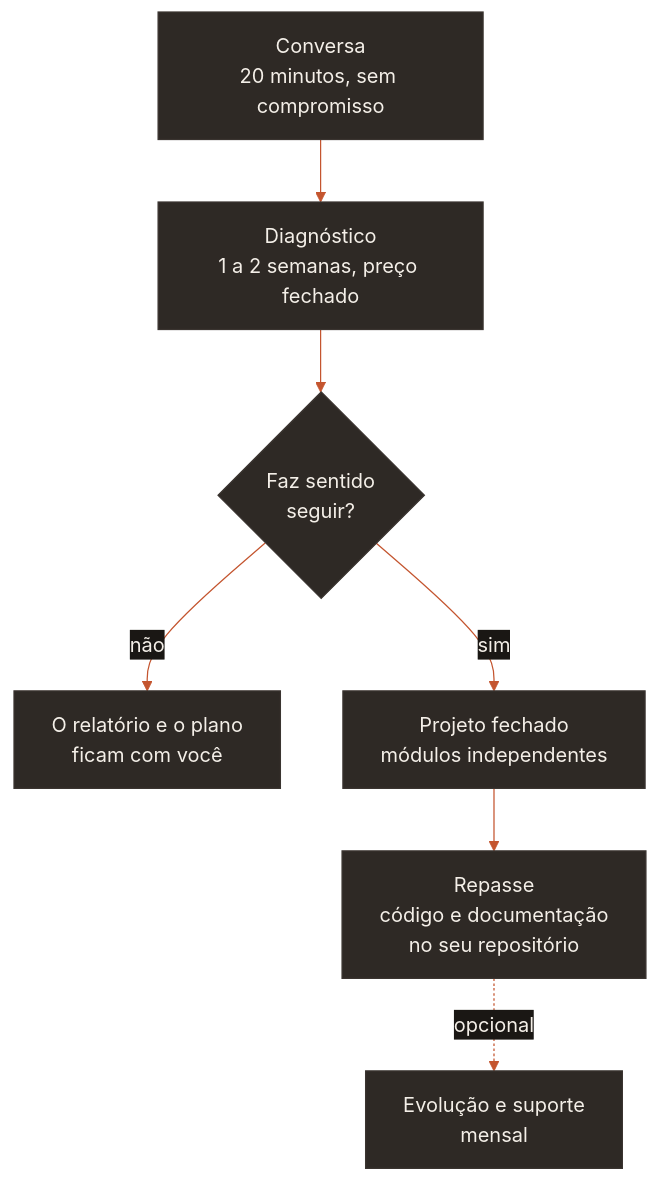
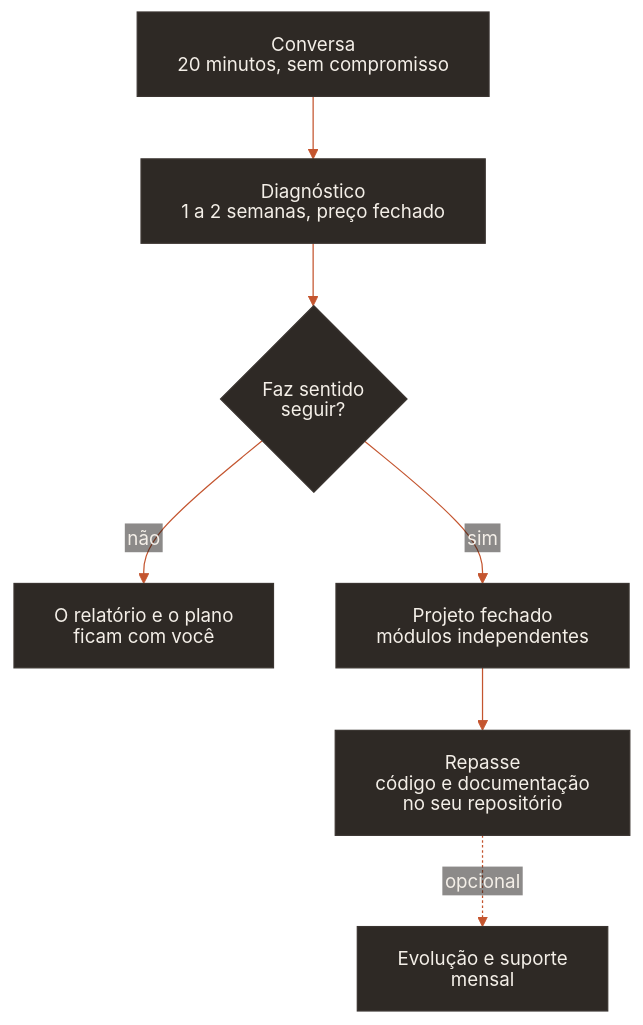
The diagram in README.md (samuelrms/samuelrms), drawn with Mermaid before and after one commit.

Commit message:
docs: render Mermaid diagrams with SVG labels to stop text clipping on GitHub

````diff
--- a/README.md
+++ b/README.md
@@ -22,10 +22,10 @@
 ```mermaid
-%%{init: {"theme": "base", "themeVariables": {"primaryColor": "#2E2925", "primaryTextColor": "#F4EFE8", "primaryBorderColor": "#3A3430", "lineColor": "#C4552F", "edgeLabelBackground": "#1A1714", "textColor": "#F4EFE8"}}}%%
+%%{init: {"theme": "base", "themeVariables": {"primaryColor": "#2E2925", "primaryTextColor": "#F4EFE8", "primaryBorderColor": "#3A3430", "lineColor": "#C4552F", "edgeLabelBackground": "#1A1714", "textColor": "#F4EFE8", "fontFamily": "Arial, Helvetica, sans-serif", "fontSize": "15px"}, "htmlLabels": false, "flowchart": {"htmlLabels": false, "padding": 16, "wrappingWidth": 300}}}%%
 flowchart TB
     A["Conversa<br/>20 minutos, sem compromisso"] --> B["Diagnóstico<br/>1 a 2 semanas, preço fechado"]
     B --> C{"Faz sentido<br/>seguir?"}
     C -->|"não"| R["O relatório e o plano<br/>ficam com você"]
     C -->|"sim"| D["Projeto fechado<br/>módulos independentes"]
     D --> E["Repasse<br/>código e documentação<br/>no seu repositório"]
     E -.->|"opcional"| F["Evolução e suporte<br/>mensal"]
 ```
````
